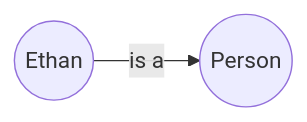
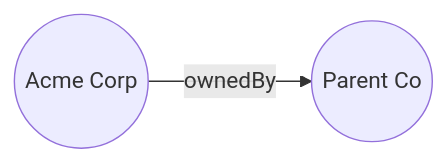
The second of 3 diagrams in packages/docs/worlds/index.mdx (wazootech/worlds), drawn with Mermaid before and after one commit. The commit also changed other lines of this file and 38 other files, not shown here.

````diff
--- a/packages/docs/worlds/index.mdx
+++ b/packages/docs/worlds/index.mdx
@@ -56,4 +56,4 @@
 ```mermaid
 graph LR
-    A((Ethan)) -->|is a| B((Person))
+    A((Acme Corp)) -->|ownedBy| B((Parent Co))
 ```
````
